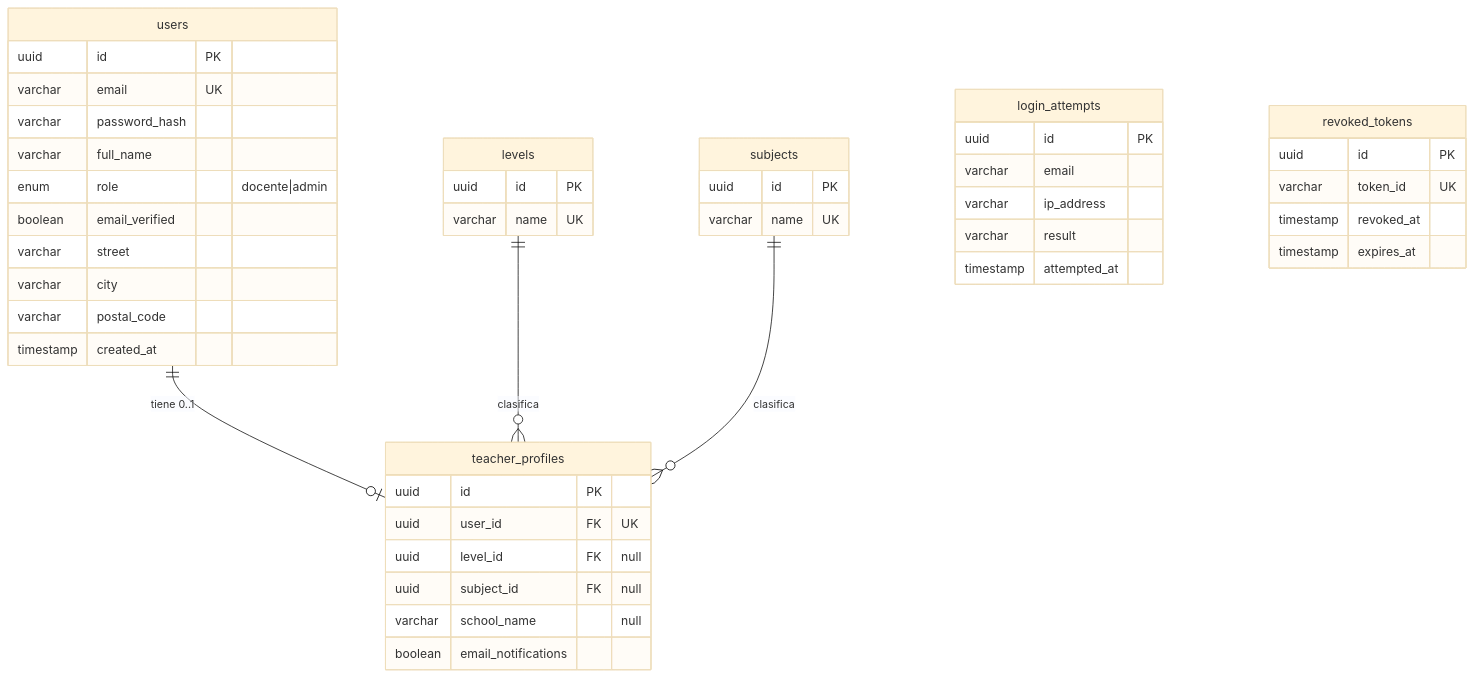
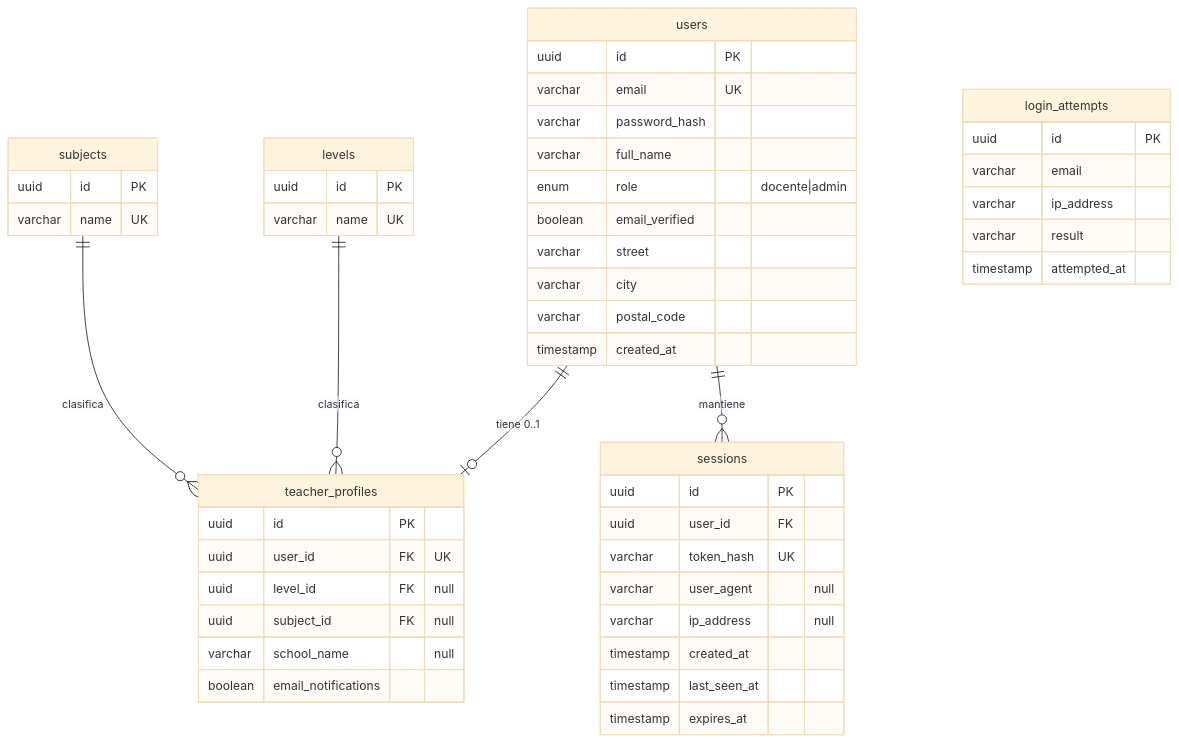
The diagram in docs/01-modelo-datos/der_m1.mmd (EXCOFFee/acalud), drawn with Mermaid (base theme) before and after one commit. The commit also changed 79 other files, not shown here.

```diff
--- a/docs/01-modelo-datos/der_m1.mmd
+++ b/docs/01-modelo-datos/der_m1.mmd
@@ -1,45 +1,50 @@
 erDiagram
   users {
     uuid id PK
     varchar email UK
     varchar password_hash
     varchar full_name
     enum role "docente|admin"
     boolean email_verified
     varchar street
     varchar city
     varchar postal_code
     timestamp created_at
   }
   teacher_profiles {
     uuid id PK
     uuid user_id FK "UK"
     uuid level_id FK "null"
     uuid subject_id FK "null"
     varchar school_name "null"
     boolean email_notifications
   }
   levels {
     uuid id PK
     varchar name UK
   }
   subjects {
     uuid id PK
     varchar name UK
   }
   login_attempts {
     uuid id PK
     varchar email
     varchar ip_address
     varchar result
     timestamp attempted_at
   }
-  revoked_tokens {
+  sessions {
     uuid id PK
-    varchar token_id UK
-    timestamp revoked_at
+    uuid user_id FK
+    varchar token_hash UK
+    varchar user_agent "null"
+    varchar ip_address "null"
+    timestamp created_at
+    timestamp last_seen_at
     timestamp expires_at
   }
   users ||--o| teacher_profiles : "tiene 0..1"
+  users ||--o{ sessions : "mantiene"
   levels ||--o{ teacher_profiles : "clasifica"
   subjects ||--o{ teacher_profiles : "clasifica"
```
